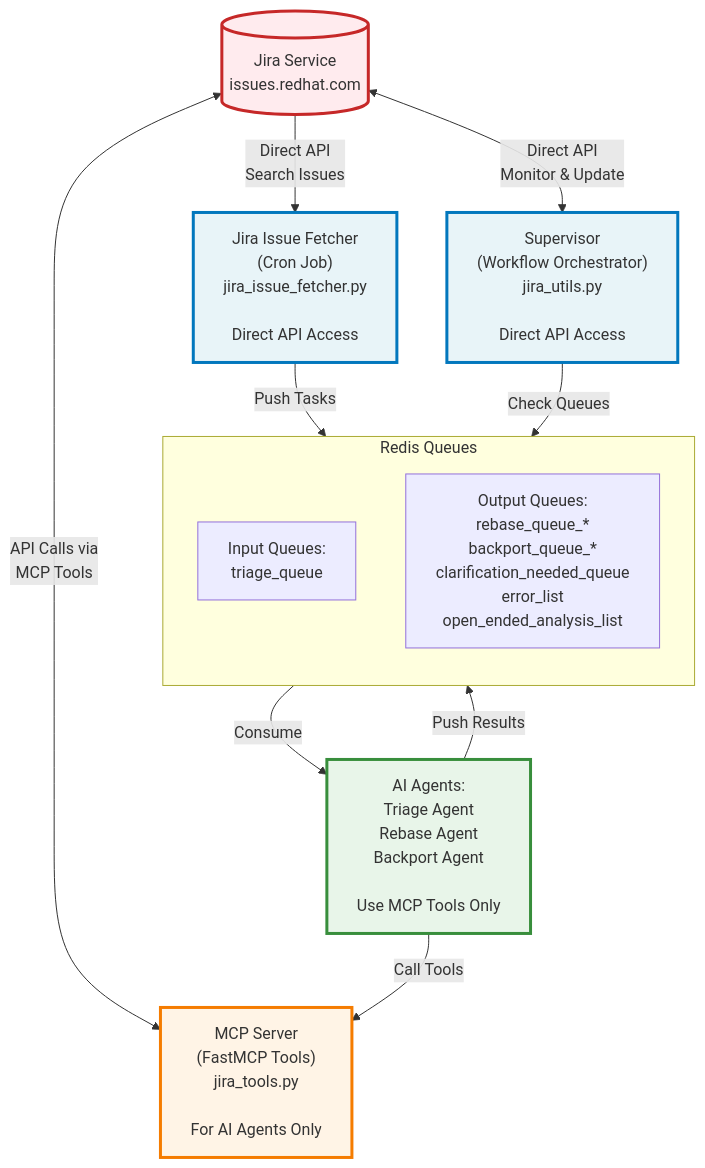
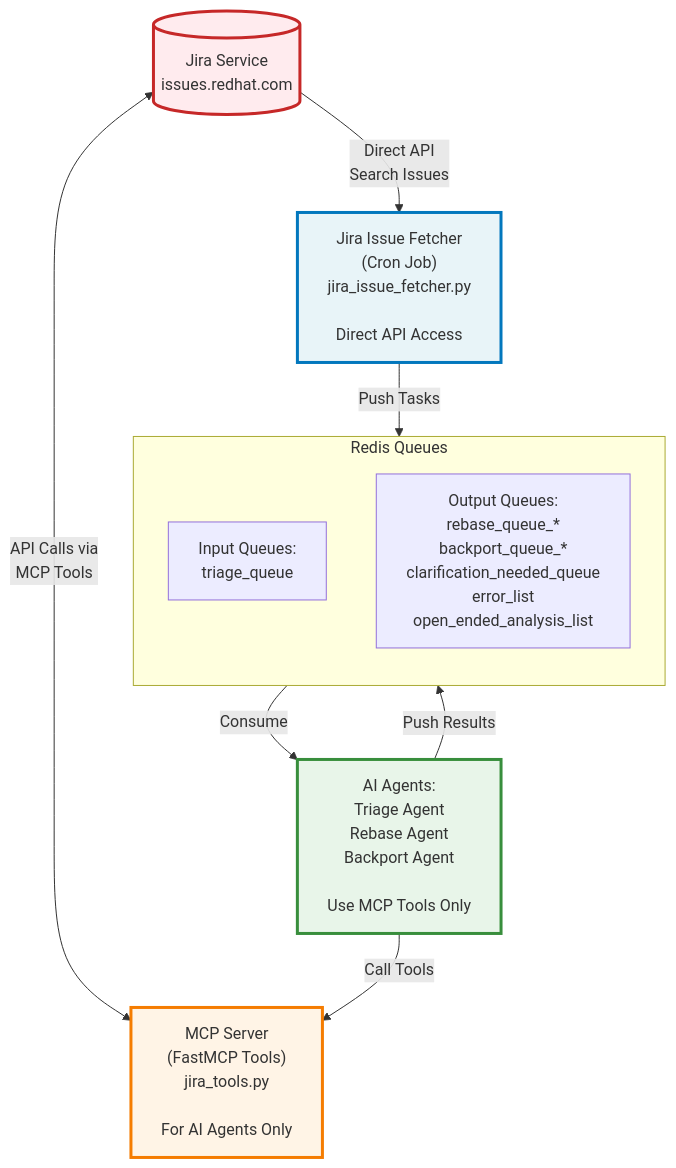
The first of 4 diagrams in jira_data_flow.md (packit/ai-workflows), drawn with Mermaid before and after one commit. The commit also changed other lines of this file and 54 other files, not shown here.

````diff
--- a/jira_data_flow.md
+++ b/jira_data_flow.md
@@ -7,37 +7,31 @@
 ```mermaid
 graph TD
     JIRA[("Jira Service<br/>issues.redhat.com")]
 
     JIRA -->|"Direct API<br/>Search Issues"| FETCHER
-    JIRA <-->|"Direct API<br/>Monitor & Update"| SUPERVISOR
     JIRA <-->|"API Calls via<br/>MCP Tools"| MCP
 
     FETCHER["Jira Issue Fetcher<br/>(Cron Job)<br/>jira_issue_fetcher.py<br/><br/>Direct API Access"]
 
     FETCHER -->|"Push Tasks"| REDIS_IN
 
     subgraph Redis["Redis Queues"]
         direction TB
         REDIS_IN["Input Queues:<br/>triage_queue"]
         REDIS_OUT["Output Queues:<br/>rebase_queue_*<br/>backport_queue_*<br/>clarification_needed_queue<br/>error_list<br/>open_ended_analysis_list"]
     end
 
     REDIS_IN -->|"Consume"| AGENTS
 
     AGENTS["AI Agents:<br/>Triage Agent<br/>Rebase Agent<br/>Backport Agent<br/><br/>Use MCP Tools Only"]
 
     AGENTS -->|"Call Tools"| MCP
     AGENTS -->|"Push Results"| REDIS_OUT
 
     MCP["MCP Server<br/>(FastMCP Tools)<br/>jira_tools.py<br/><br/>For AI Agents Only"]
 
-    SUPERVISOR["Supervisor<br/>(Workflow Orchestrator)<br/>jira_utils.py<br/><br/>Direct API Access"]
-
-    SUPERVISOR -->|"Check Queues"| Redis
-
     style FETCHER fill:#e8f4f8,stroke:#0277bd,stroke-width:3px
-    style SUPERVISOR fill:#e8f4f8,stroke:#0277bd,stroke-width:3px
     style MCP fill:#fff4e6,stroke:#f57c00,stroke-width:3px
     style AGENTS fill:#e8f5e9,stroke:#388e3c,stroke-width:3px
     style JIRA fill:#ffebee,stroke:#c62828,stroke-width:3px
 ```
````
